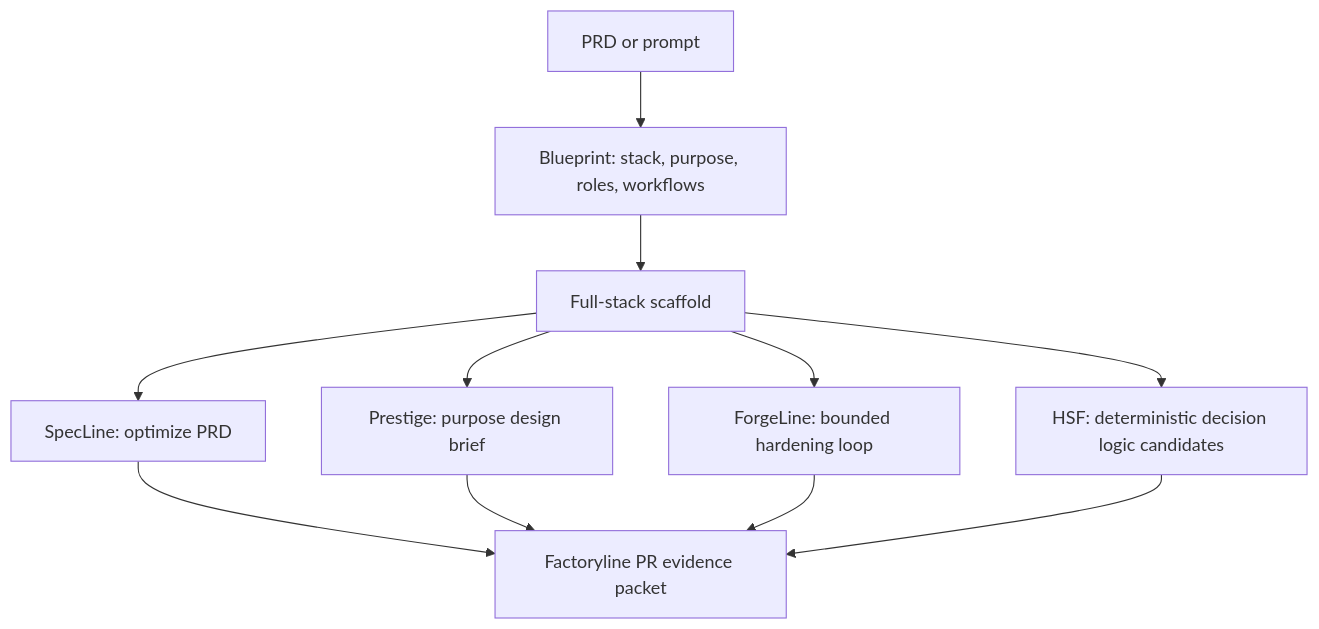
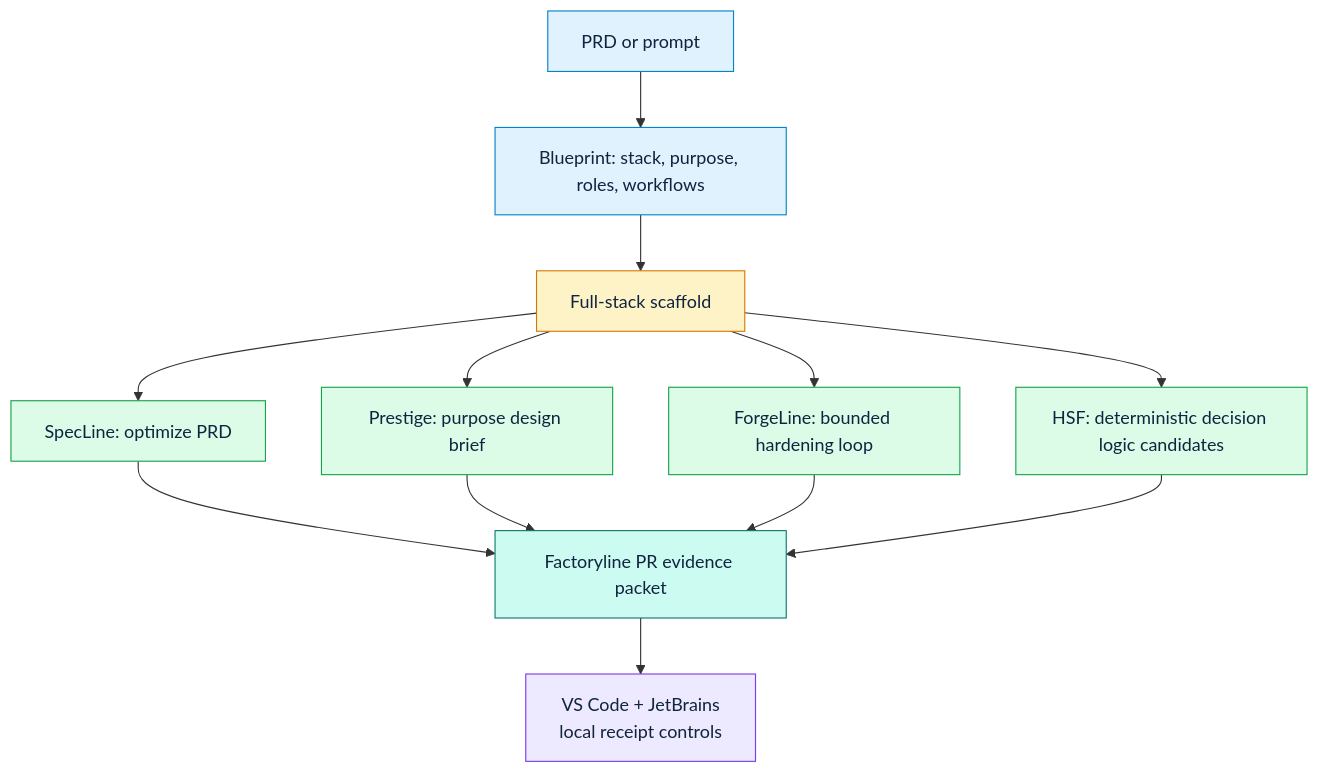
Before and after one commit to zrk222/code-factory: the diagram in docs/APP_BUILDER.md, drawn with Mermaid. The commit also changed 36 other files, not shown here.

Commit message:
Add JetBrains receipt control room

````diff
--- a/docs/APP_BUILDER.md
+++ b/docs/APP_BUILDER.md
@@ -23,13 +23,24 @@
 ```mermaid
 flowchart TD
     A["PRD or prompt"] --> B["Blueprint: stack, purpose, roles, workflows"]
     B --> C["Full-stack scaffold"]
     C --> D["SpecLine: optimize PRD"]
     C --> E["Prestige: purpose design brief"]
     C --> F["ForgeLine: bounded hardening loop"]
     C --> G["HSF: deterministic decision logic candidates"]
     D --> H["Factoryline PR evidence packet"]
     E --> H
     F --> H
     G --> H
+    H --> I["VS Code + JetBrains\nlocal receipt controls"]
+    classDef intent fill:#e0f2fe,stroke:#0284c7,color:#10233f
+    classDef scaffold fill:#fef3c7,stroke:#d97706,color:#10233f
+    classDef gate fill:#dcfce7,stroke:#16a34a,color:#10233f
+    classDef proof fill:#ccfbf1,stroke:#0f766e,color:#10233f
+    classDef editor fill:#ede9fe,stroke:#7c3aed,color:#10233f
+    class A,B intent
+    class C scaffold
+    class D,E,F,G gate
+    class H proof
+    class I editor
 ```
````
